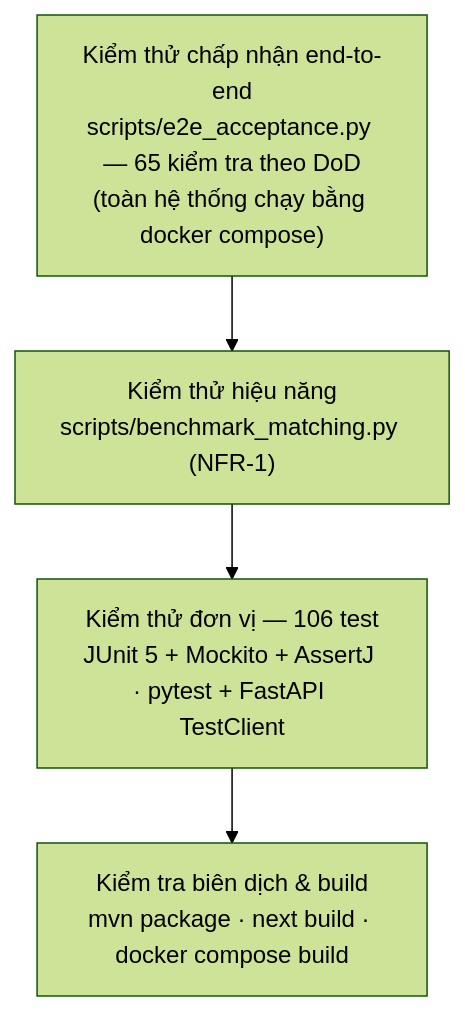
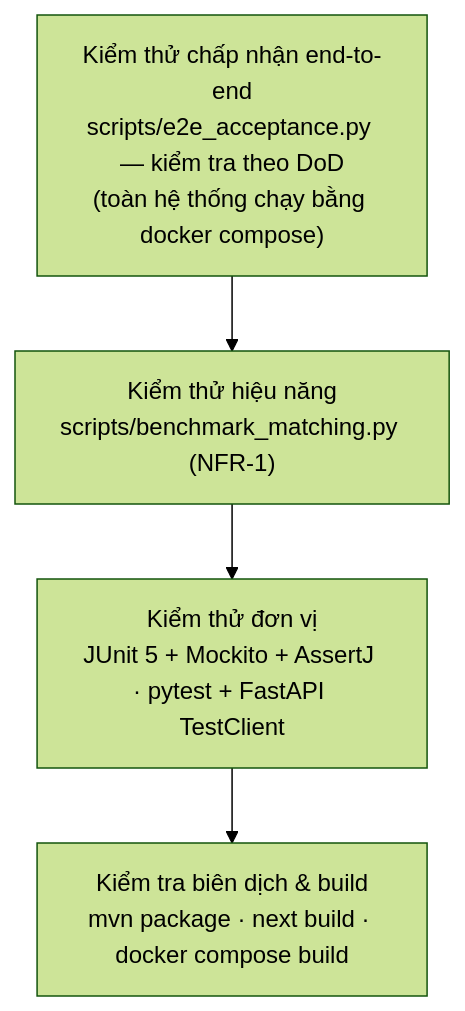
One commit to quangpham10212004/do_an_2026 changed the diagram in docs/testing-report.md. Above: the diagram before and after it, drawn with Mermaid (forest theme). The commit also changed other lines of this file and 185 other files, not shown here.

````diff
--- a/docs/testing-report.md
+++ b/docs/testing-report.md
@@ -15,8 +19,8 @@
 ```mermaid
 flowchart TB
-    E2E["Kiểm thử chấp nhận end-to-end<br/>scripts/e2e_acceptance.py — 65 kiểm tra theo DoD<br/>(toàn hệ thống chạy bằng docker compose)"]
+    E2E["Kiểm thử chấp nhận end-to-end<br/>scripts/e2e_acceptance.py — kiểm tra theo DoD<br/>(toàn hệ thống chạy bằng docker compose)"]
     PERF["Kiểm thử hiệu năng<br/>scripts/benchmark_matching.py (NFR-1)"]
-    UNIT["Kiểm thử đơn vị — 106 test<br/>JUnit 5 + Mockito + AssertJ · pytest + FastAPI TestClient"]
+    UNIT["Kiểm thử đơn vị<br/>JUnit 5 + Mockito + AssertJ · pytest + FastAPI TestClient"]
     BUILD["Kiểm tra biên dịch & build<br/>mvn package · next build · docker compose build"]
     E2E --> PERF --> UNIT --> BUILD
 ```
````
